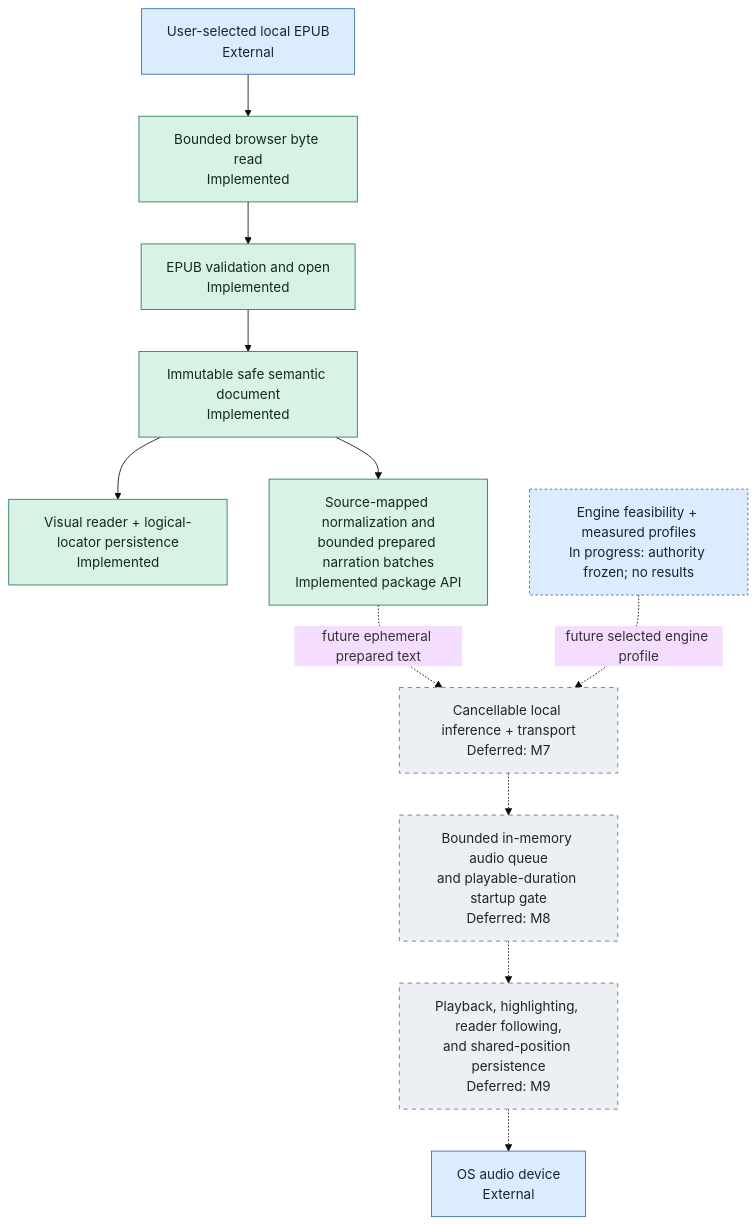
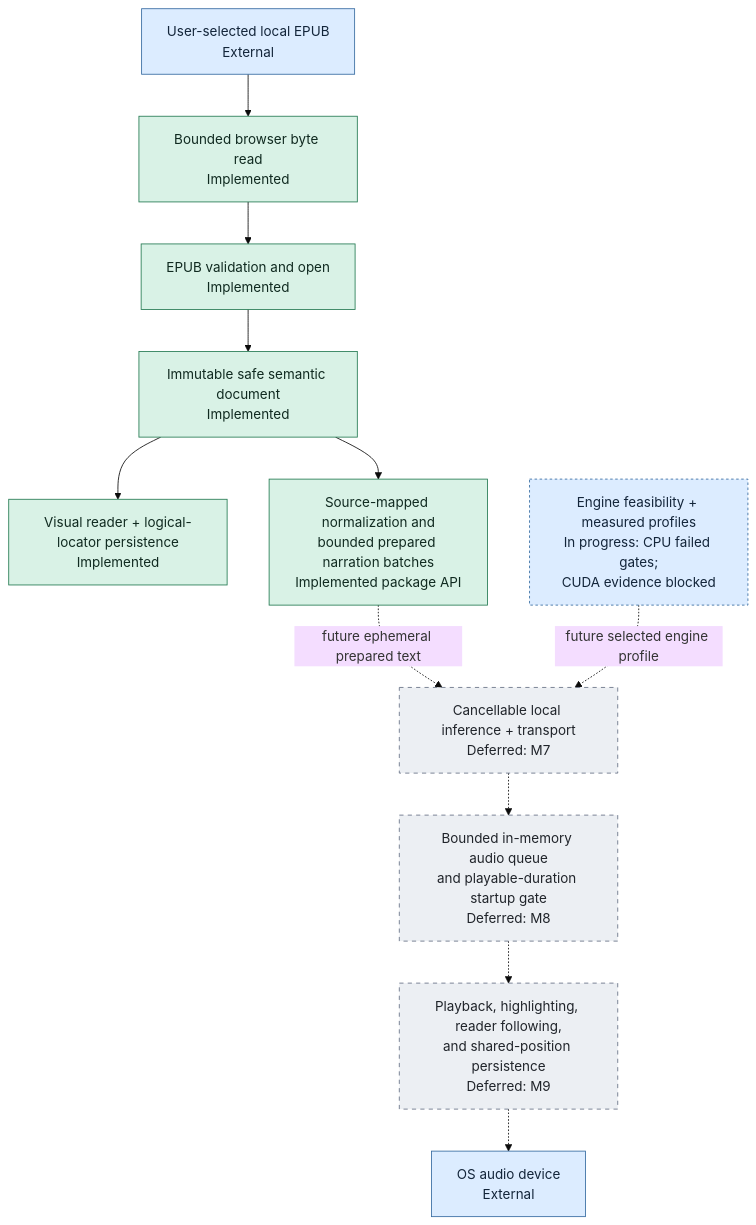
One commit to mmjosedaniel/voxleaf changed the second of 2 diagrams in docs/architecture/system-diagram.md. Above: the diagram before and after it, drawn with Mermaid (base theme). The commit also changed other lines of this file and 40 other files, not shown here.

````diff
--- a/docs/architecture/system-diagram.md
+++ b/docs/architecture/system-diagram.md
@@ -97,28 +97,28 @@
 ```mermaid
 flowchart TD
     classDef implemented fill:#d9f2e6,stroke:#247a52,color:#102a20
     classDef progress fill:#dcecff,stroke:#356aa0,color:#13253a,stroke-dasharray: 3 3
     classDef planned fill:#fff0c7,stroke:#9a6b00,color:#332400,stroke-dasharray: 5 5
     classDef deferred fill:#eceff3,stroke:#667085,color:#20242a,stroke-dasharray: 5 5
     classDef external fill:#dcecff,stroke:#356aa0,color:#13253a
 
     FILE["User-selected local EPUB<br/>External"]:::external
     READ["Bounded browser byte read<br/>Implemented"]:::implemented
     OPEN["EPUB validation and open<br/>Implemented"]:::implemented
     SAFE["Immutable safe semantic document<br/>Implemented"]:::implemented
     VISUAL["Visual reader + logical-locator persistence<br/>Implemented"]:::implemented
     PREP["Source-mapped normalization and<br/>bounded prepared narration batches<br/>Implemented package API"]:::implemented
-    PROFILE["Engine feasibility + measured profiles<br/>In progress: authority frozen; no results"]:::progress
+    PROFILE["Engine feasibility + measured profiles<br/>In progress: CPU failed gates;<br/>CUDA evidence blocked"]:::progress
     INFER["Cancellable local inference + transport<br/>Deferred: M7"]:::deferred
     BUFFER["Bounded in-memory audio queue<br/>and playable-duration startup gate<br/>Deferred: M8"]:::deferred
     FOLLOW["Playback, highlighting, reader following,<br/>and shared-position persistence<br/>Deferred: M9"]:::deferred
     DEVICE["OS audio device<br/>External"]:::external
 
     FILE --> READ --> OPEN --> SAFE --> VISUAL
     SAFE --> PREP
     PREP -.->|"future ephemeral prepared text"| INFER
     PROFILE -.->|"future selected engine profile"| INFER
     INFER -.-> BUFFER
     BUFFER -.-> FOLLOW
     FOLLOW -.-> DEVICE
 ```
````
